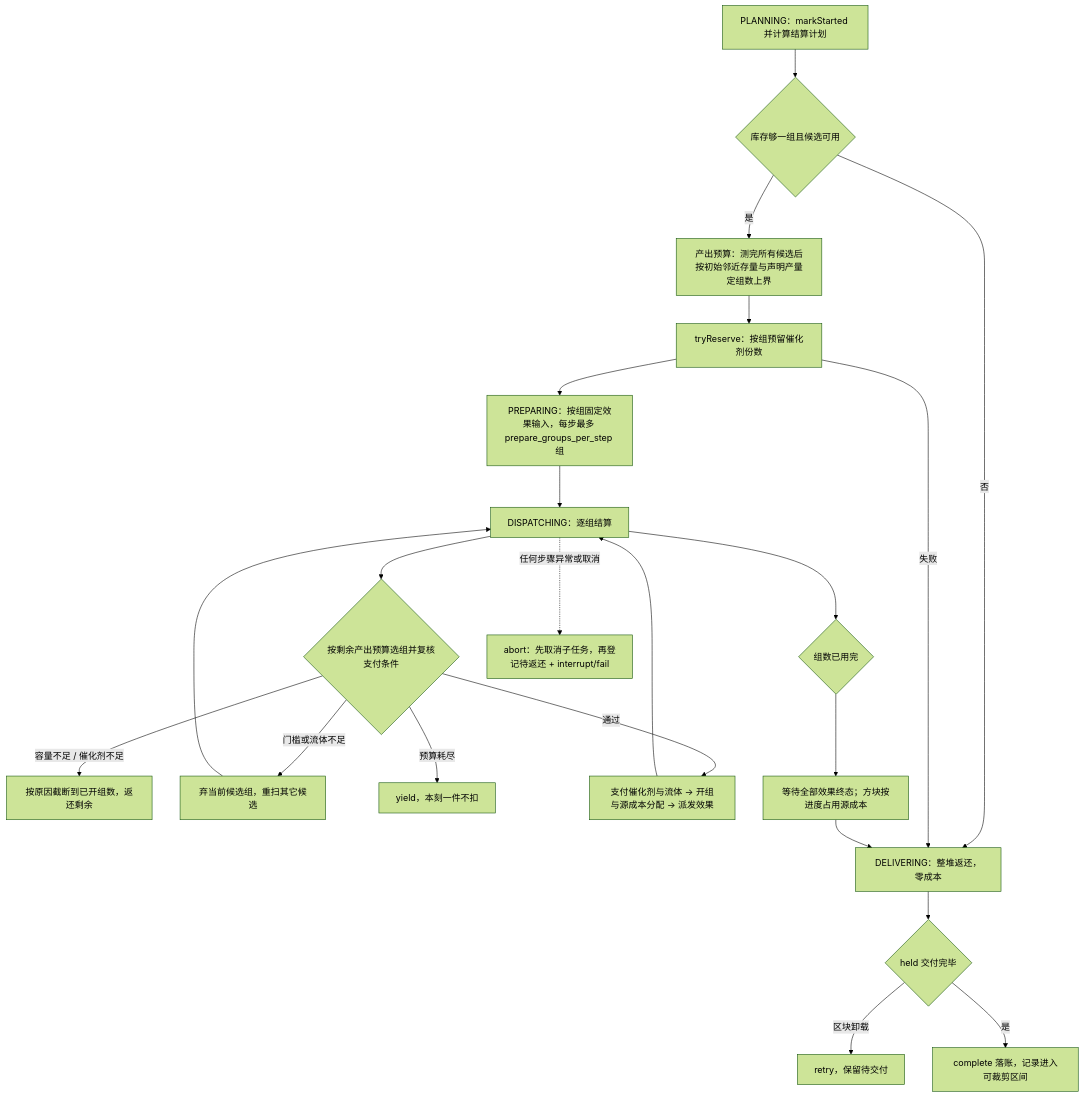
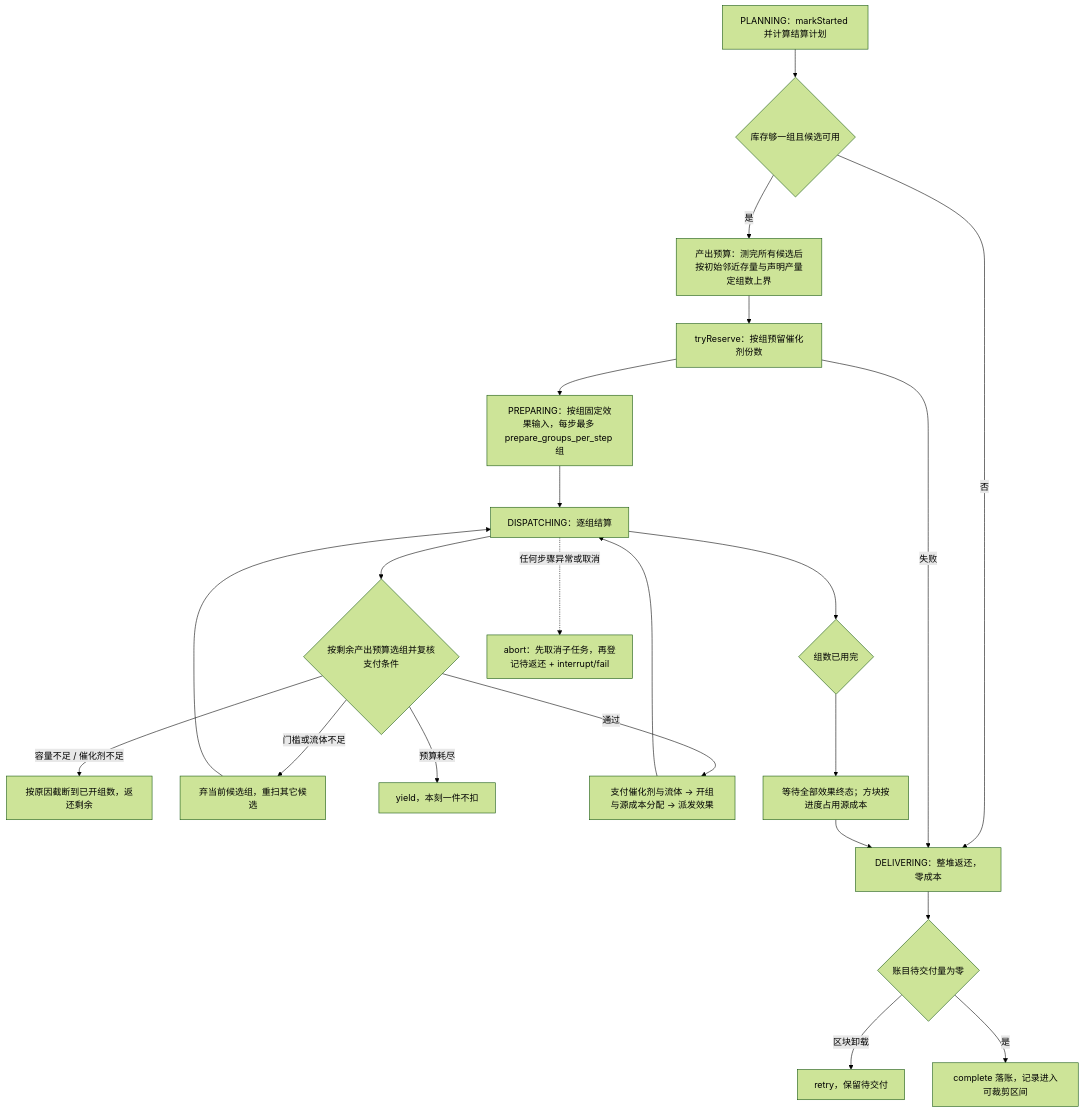
The third of 3 diagrams in docs/modules/conversion-runtime.md (meteoritel/item-despawn-to-what), drawn with Mermaid (forest theme) before and after one commit. The commit also changed other lines of this file and 9 other files, not shown here.

````diff
--- a/docs/modules/conversion-runtime.md
+++ b/docs/modules/conversion-runtime.md
@@ -153,24 +154,24 @@
 ```mermaid
 flowchart TB
     P["PLANNING：markStarted 并计算结算计划"] --> Q{"库存够一组且候选可用"}
     Q -->|"否"| DEL["DELIVERING：整堆返还，零成本"]
     Q -->|"是"| C["产出预算：测完所有候选后按初始邻近存量与声明产量定组数上界"]
     C --> R["tryReserve：按组预留催化剂份数"]
     R -->|"失败"| DEL
     R --> PR["PREPARING：按组固定效果输入，每步最多 prepare_groups_per_step 组"]
     PR --> S["DISPATCHING：逐组结算"]
     S --> T{"按剩余产出预算选组并复核支付条件"}
     T -->|"容量不足 / 催化剂不足"| U["按原因截断到已开组数，返还剩余"]
     T -->|"门槛或流体不足"| UB["弃当前候选组，重扫其它候选"]
     UB --> S
     T -->|"预算耗尽"| V["yield，本刻一件不扣"]
     T -->|"通过"| W["支付催化剂与流体 → 开组与源成本分配 → 派发效果"]
     W --> S
     S --> X{"组数已用完"}
     X --> WAIT["等待全部效果终态；方块按进度占用源成本"]
     WAIT --> DEL
-    DEL --> Y{"held 交付完毕"}
+    DEL --> Y{"账目待交付量为零"}
     Y -->|"区块卸载"| Z["retry，保留待交付"]
     Y -->|"是"| DONE["complete 落账，记录进入可裁剪区间"]
     S -.->|"任何步骤异常或取消"| AB["abort：先取消子任务，再登记待返还 + interrupt/fail"]
 ```
````
